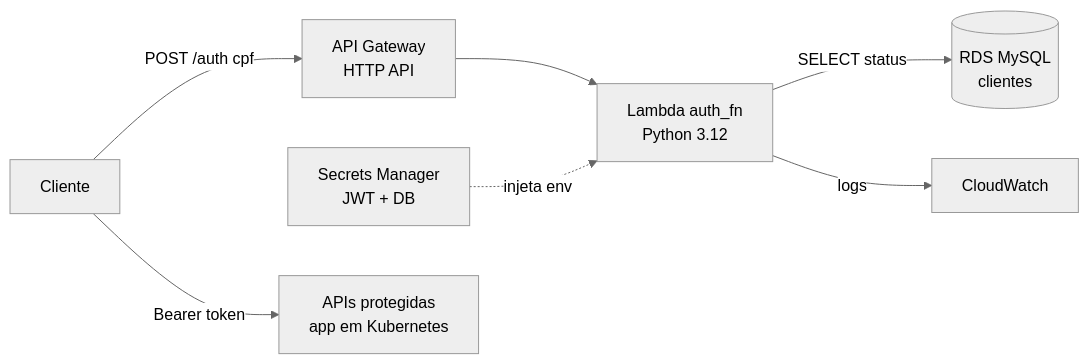
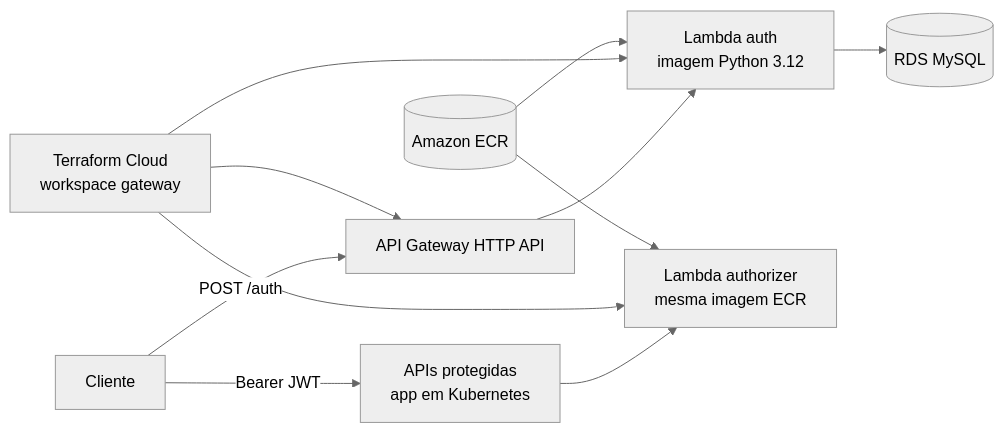
Before and after one commit to AutocenterFiap/autocenter-lambda-auth: the diagram in README.md, drawn with Mermaid (neutral theme). The commit also changed other lines of this file and 22 other files, not shown here.

Commit message:
feat: implementa API Gateway privado via Terraform Cloud

````diff
--- a/README.md
+++ b/README.md
@@ -11,9 +8,13 @@
 ```mermaid
 flowchart LR
-    C[Cliente] -->|POST /auth cpf| GW[API Gateway<br/>HTTP API]
-    GW --> L[Lambda auth_fn<br/>Python 3.12]
-    L -->|SELECT status| DB[(RDS MySQL<br/>clientes)]
-    L -->|logs| CW[CloudWatch]
-    SM[Secrets Manager<br/>JWT + DB] -.injeta env.-> L
-    C -->|Bearer token| API[APIs protegidas<br/>app em Kubernetes]
+    C[Cliente] -->|POST /auth| GW[API Gateway HTTP API]
+    GW --> LA[Lambda auth<br/>imagem Python 3.12]
+    C -->|Bearer JWT| APP[APIs protegidas<br/>app em Kubernetes]
+    APP --> AU[Lambda authorizer<br/>mesma imagem ECR]
+    LA --> DB[(RDS MySQL)]
+    TFC[Terraform Cloud<br/>workspace gateway] --> GW
+    TFC --> LA
+    TFC --> AU
+    ECR[(Amazon ECR)] --> LA
+    ECR --> AU
 ```
````
